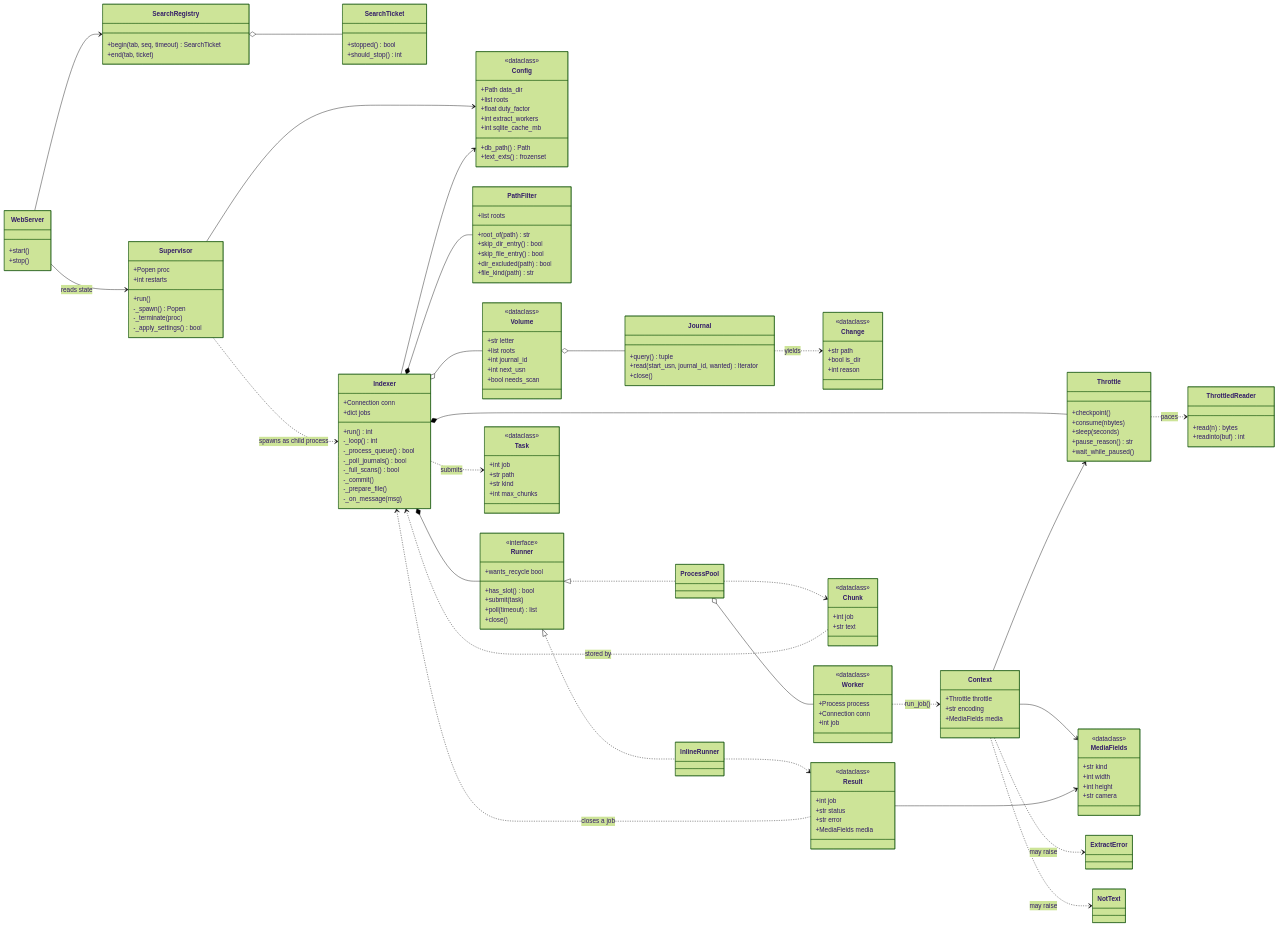
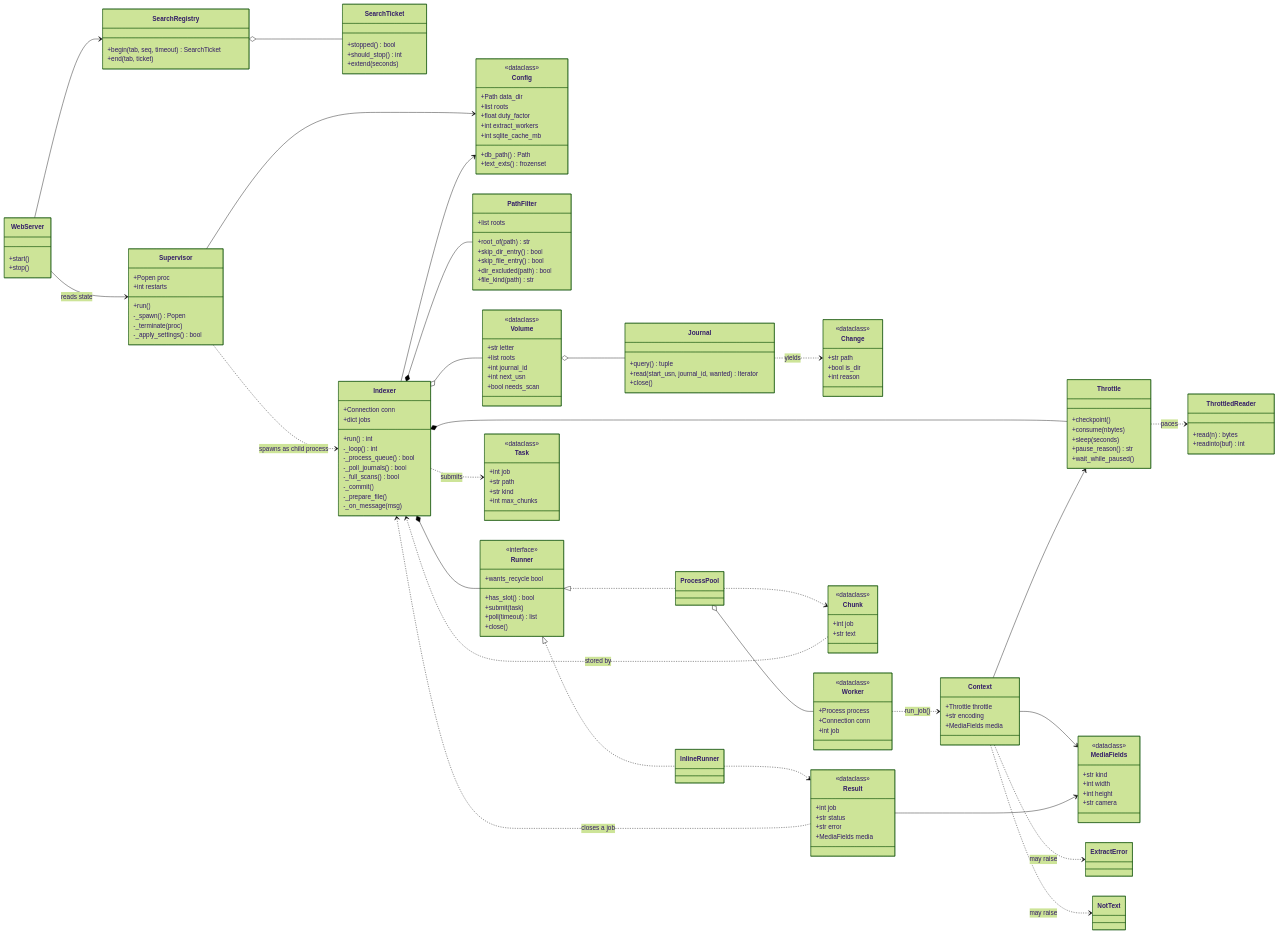
One commit to igrowing/sindex changed the third of 16 diagrams in architecture.md. Above: the diagram before and after it, drawn with Mermaid (forest theme). The commit also changed other lines of this file and 12 other files, not shown here.

```diff
--- a/architecture.md
+++ b/architecture.md
@@ -250,6 +250,7 @@
     class SearchTicket {
         +stopped() bool
         +should_stop() int
+        +extend(seconds)
     }
 
     class Indexer {
```
